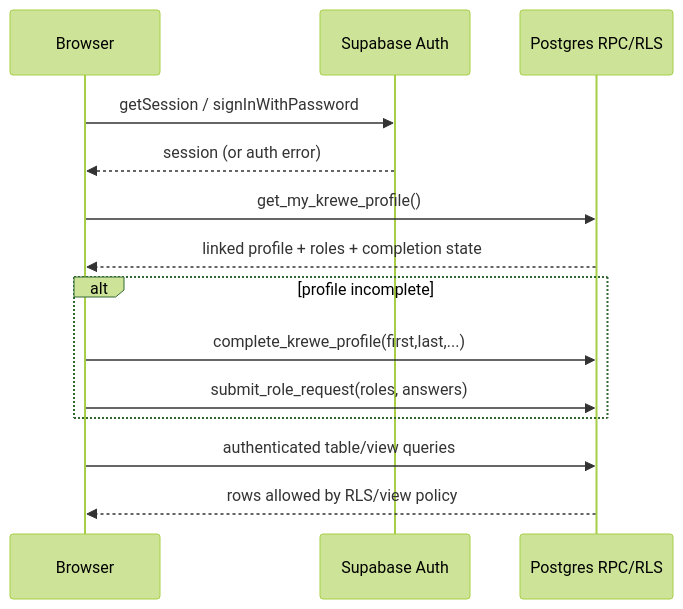
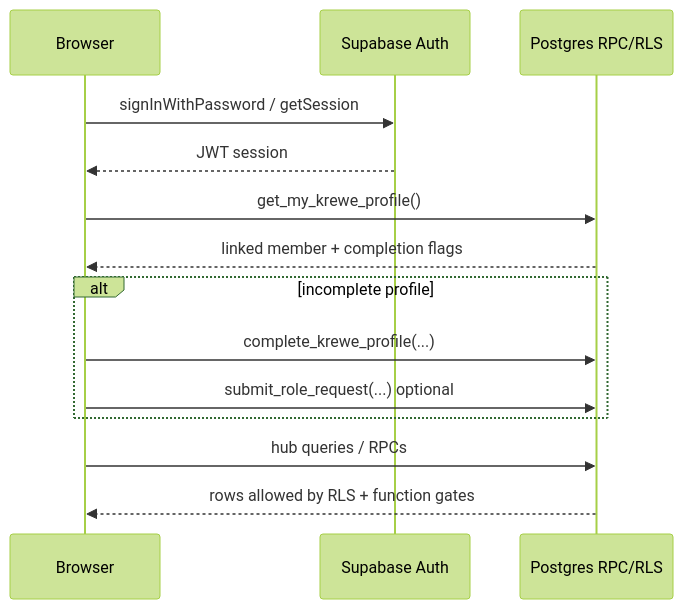
The second of 2 diagrams in SOFTWARE_ARCHITECTURE.md (MissTully/Shamrock), drawn with Mermaid (forest theme) before and after one commit. The commit also changed other lines of this file, not shown here.

Commit message:
Handoff: expand SOFTWARE_ARCHITECTURE.md with costs, Craic, security, integrations

````diff
--- a/SOFTWARE_ARCHITECTURE.md
+++ b/SOFTWARE_ARCHITECTURE.md
@@ -60,16 +122,16 @@
 ```mermaid
 sequenceDiagram
   participant B as Browser
   participant A as Supabase Auth
   participant R as Postgres RPC/RLS
-  B->>A: getSession / signInWithPassword
-  A-->>B: session (or auth error)
+  B->>A: signInWithPassword / getSession
+  A-->>B: JWT session
   B->>R: get_my_krewe_profile()
-  R-->>B: linked profile + roles + completion state
-  alt profile incomplete
-    B->>R: complete_krewe_profile(first,last,...)
-    B->>R: submit_role_request(roles, answers)
+  R-->>B: linked member + completion flags
+  alt incomplete profile
+    B->>R: complete_krewe_profile(...)
+    B->>R: submit_role_request(...) optional
   end
-  B->>R: authenticated table/view queries
-  R-->>B: rows allowed by RLS/view policy
+  B->>R: hub queries / RPCs
+  R-->>B: rows allowed by RLS + function gates
 ```
````
